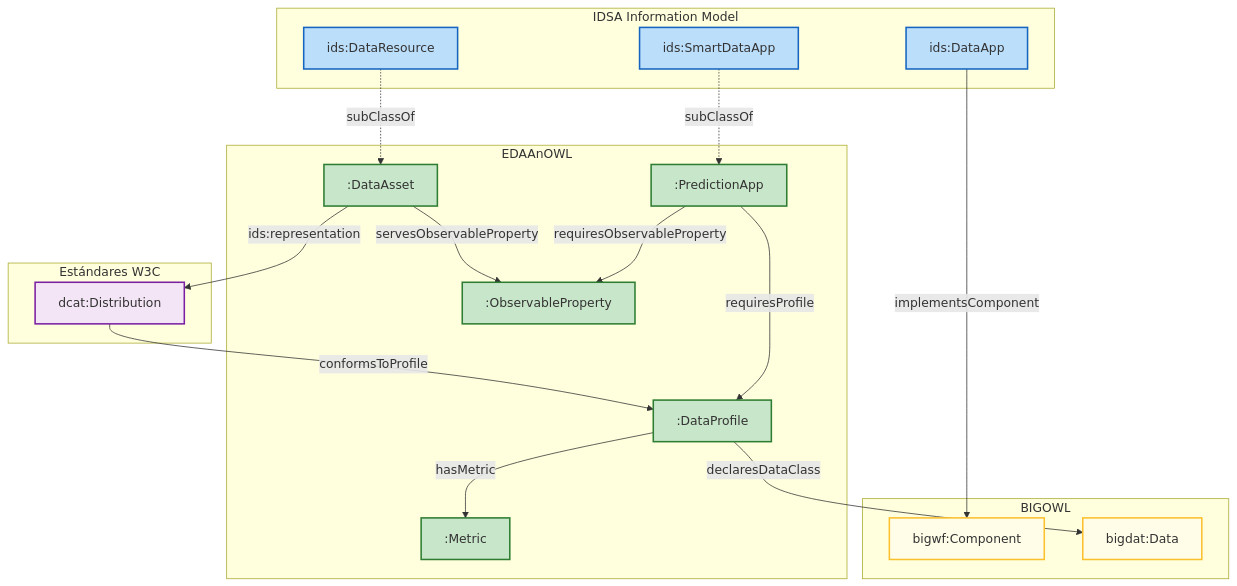
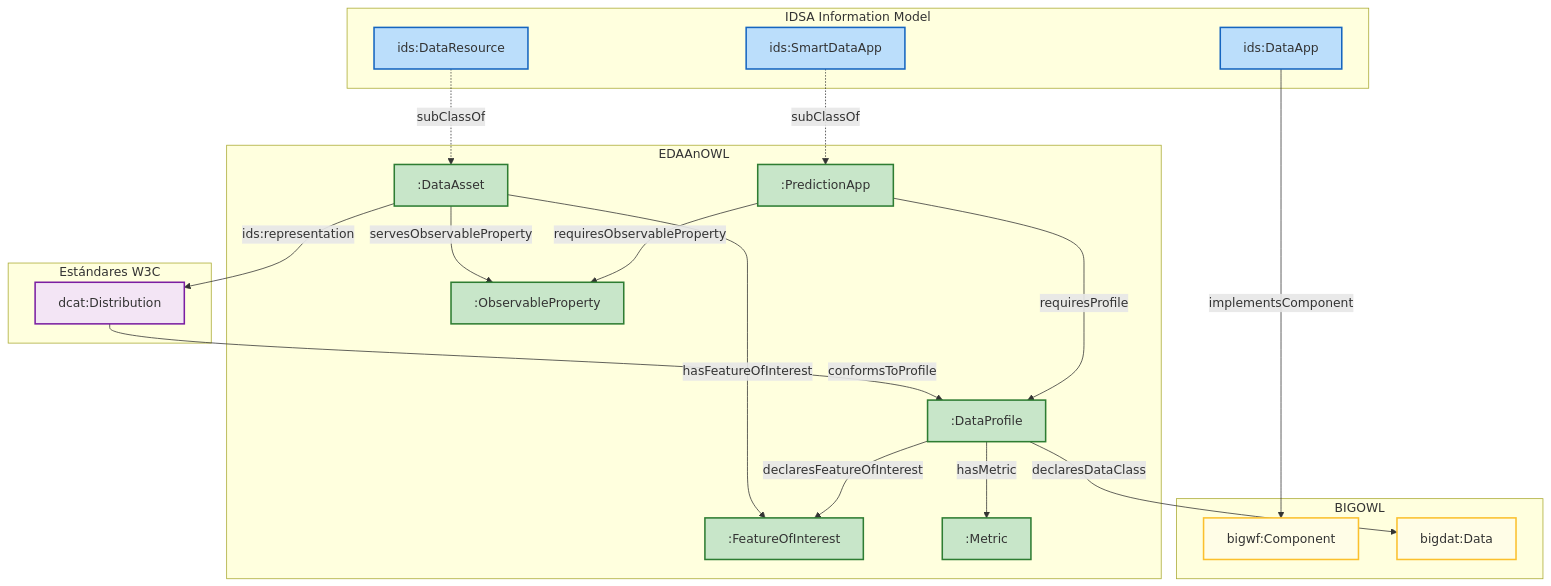
Before and after one commit to KhaosResearch/EDAAnOWL: the sixth of 11 diagrams in docs/ONTOLOGY_OVERVIEW_DIAGRAM_ES.md, drawn with Mermaid. The commit also changed other lines of this file and 19 other files, not shown here.

First line of the commit message:
feat!: incorporate Feature of Interest (SOSA/SSN) and release v0.9.0

````diff
--- a/docs/ONTOLOGY_OVERVIEW_DIAGRAM_ES.md
+++ b/docs/ONTOLOGY_OVERVIEW_DIAGRAM_ES.md
@@ -169,50 +178,53 @@
 ```mermaid
 flowchart TB
     classDef idsa fill:#bbdefb,stroke:#1565c0,stroke-width:2px
     classDef edaan fill:#c8e6c9,stroke:#2e7d32,stroke-width:2px
     classDef bigowl fill:#fffde7,stroke:#fbc02d,stroke-width:2px
     classDef external fill:#f3e5f5,stroke:#7b1fa2,stroke-width:2px
 
     subgraph IDSA ["IDSA Information Model"]
         DR["ids:DataResource"]
         DA["ids:DataApp"]
         SDA["ids:SmartDataApp"]
     end
 
     subgraph EDAAnOWL ["EDAAnOWL"]
         Asset[":DataAsset"]
         Profile[":DataProfile"]
         ObsProp[":ObservableProperty"]
+        FOI[":FeatureOfInterest"]
         Metric[":Metric"]
         Apps[":PredictionApp"]
     end
 
     subgraph BIGOWL ["BIGOWL"]
         Comp["bigwf:Component"]
         Data["bigdat:Data"]
     end
 
     subgraph Standards ["Estándares W3C"]
         DCAT["dcat:Distribution"]
     end
 
     DR -.->|"subClassOf"| Asset
     SDA -.->|"subClassOf"| Apps
     
     Asset -->|"servesObservableProperty"| ObsProp
+    Asset -->|"hasFeatureOfInterest"| FOI
     Apps -->|"requiresObservableProperty"| ObsProp
     
     Asset -->|"ids:representation"| DCAT
     DCAT -->|"conformsToProfile"| Profile
     Apps -->|"requiresProfile"| Profile
     
     Profile -->|"declaresDataClass"| Data
+    Profile -->|"declaresFeatureOfInterest"| FOI
     Profile -->|"hasMetric"| Metric
     
     DA -->|"implementsComponent"| Comp
 
     class DR,DA,SDA idsa
-    class Asset,Profile,ObsProp,Metric,Apps edaan
+    class Asset,Profile,ObsProp,FOI,Metric,Apps edaan
     class Comp,Data bigowl
     class DCAT external
 ```
````
